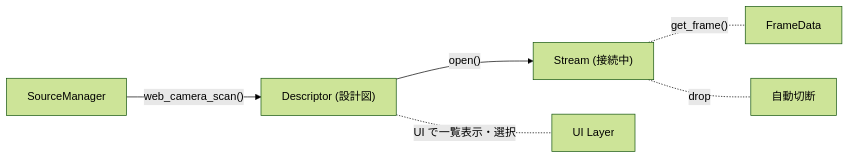
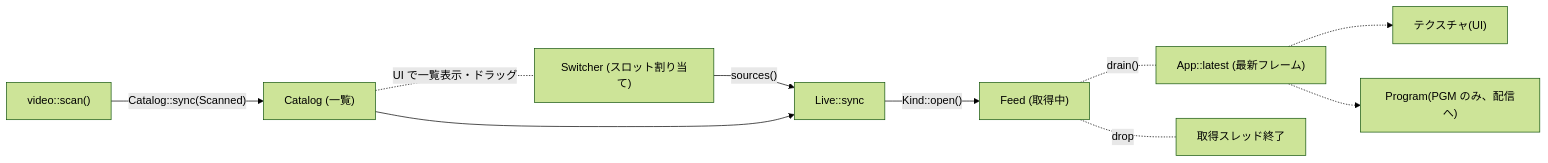
The diagram in docs/video-source.md (sohosai/Osechi), drawn with Mermaid (forest theme) before and after one commit. The commit also changed other lines of this file and 23 other files, not shown here.

````diff
--- a/docs/video-source.md
+++ b/docs/video-source.md
@@ -101,8 +139,12 @@
 ```mermaid
 graph LR
-    SM["SourceManager"] -->|"web_camera_scan()"| D["Descriptor (設計図)"]
-    D -->|"open()"| S["Stream (接続中)"]
-    D -.-|"UI で一覧表示・選択"| UI["UI Layer"]
-    S -.-|"get_frame()"| F["FrameData"]
-    S -.-|"drop"| X["自動切断"]
+    SCAN["video::scan()"] -->|"Catalog::sync(Scanned)"| C["Catalog (一覧)"]
+    C -.-|"UI で一覧表示・ドラッグ"| SW["Switcher (スロット割り当て)"]
+    SW -->|"sources()"| L["Live::sync"]
+    C --> L
+    L -->|"Kind::open()"| F["Feed (取得中)"]
+    F -.-|"drain()"| LT["App::latest (最新フレーム)"]
+    LT -.-> T["テクスチャ(UI)"]
+    LT -.-> P["Program(PGM のみ、配信へ)"]
+    F -.-|"drop"| X["取得スレッド終了"]
 ```
````
